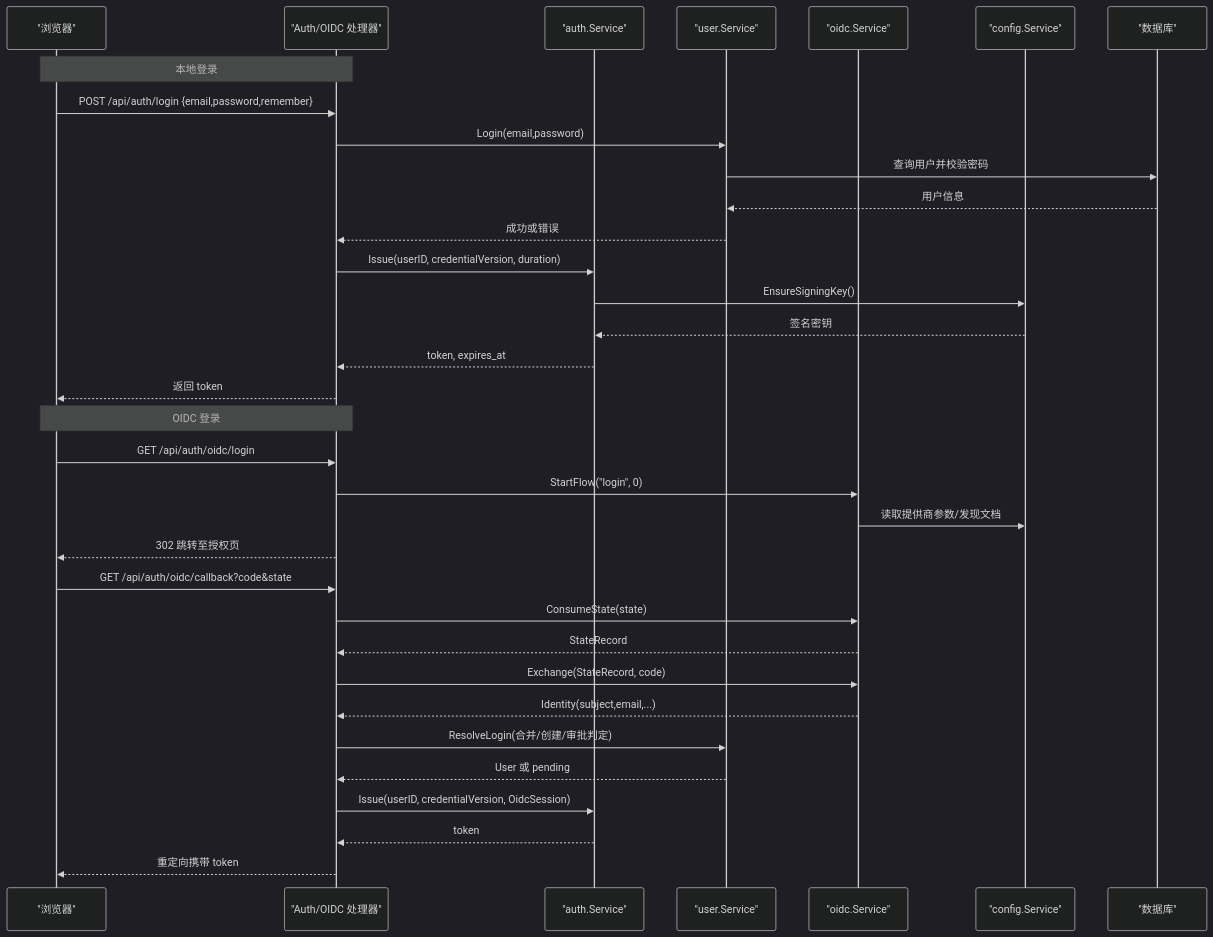
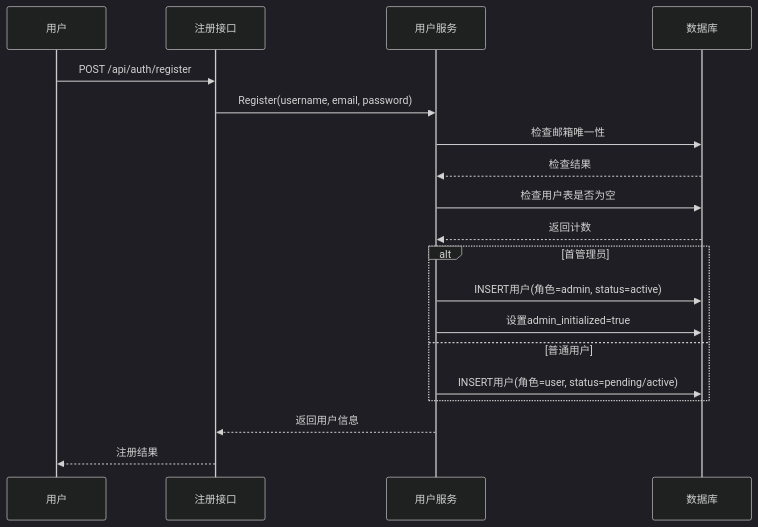
Before and after one commit to AlcaProphet/VPN-Subscription-Management: the second of 12 diagrams in .qoder/repowiki/zh/content/核心功能模块/认证与授权系统/认证与授权系统.md, drawn with Mermaid (dark theme). The commit also changed other lines of this file and 8 other files, not shown here.

````diff
--- a/.qoder/repowiki/zh/content/核心功能模块/认证与授权系统/认证与授权系统.md
+++ b/.qoder/repowiki/zh/content/核心功能模块/认证与授权系统/认证与授权系统.md
@@ -115,36 +112,21 @@
 ```mermaid
 sequenceDiagram
-participant U as "浏览器"
-participant API as "Auth/OIDC 处理器"
-participant AUTH as "auth.Service"
-participant USER as "user.Service"
-participant OIDC as "oidc.Service"
-participant CFG as "config.Service"
-participant DB as "数据库"
-Note over U,API : 本地登录
-U->>API : POST /api/auth/login {email,password,remember}
-API->>USER : Login(email,password)
-USER->>DB : 查询用户并校验密码
-DB-->>USER : 用户信息
-USER-->>API : 成功或错误
-API->>AUTH : Issue(userID, credentialVersion, duration)
-AUTH->>CFG : EnsureSigningKey()
-CFG-->>AUTH : 签名密钥
-AUTH-->>API : token, expires_at
-API-->>U : 返回 token
-Note over U,API : OIDC 登录
-U->>API : GET /api/auth/oidc/login
-API->>OIDC : StartFlow("login", 0)
-OIDC->>CFG : 读取提供商参数/发现文档
-API-->>U : 302 跳转至授权页
-U->>API : GET /api/auth/oidc/callback?code&state
-API->>OIDC : ConsumeState(state)
-OIDC-->>API : StateRecord
-API->>OIDC : Exchange(StateRecord, code)
-OIDC-->>API : Identity(subject,email,...)
-API->>USER : ResolveLogin(合并/创建/审批判定)
-USER-->>API : User 或 pending
-API->>AUTH : Issue(userID, credentialVersion, OidcSession)
-AUTH-->>API : token
-API-->>U : 重定向携带 token
+participant U as 用户
+participant API as 注册接口
+participant US as 用户服务
+participant DB as 数据库
+U->>API : POST /api/auth/register
+API->>US : Register(username, email, password)
+US->>DB : 检查邮箱唯一性
+DB-->>US : 检查结果
+US->>DB : 检查用户表是否为空
+DB-->>US : 返回计数
+alt 首管理员
+US->>DB : INSERT用户(角色=admin, status=active)
+US->>DB : 设置admin_initialized=true
+else 普通用户
+US->>DB : INSERT用户(角色=user, status=pending/active)
+end
+US-->>API : 返回用户信息
+API-->>U : 注册结果
 ```
````
